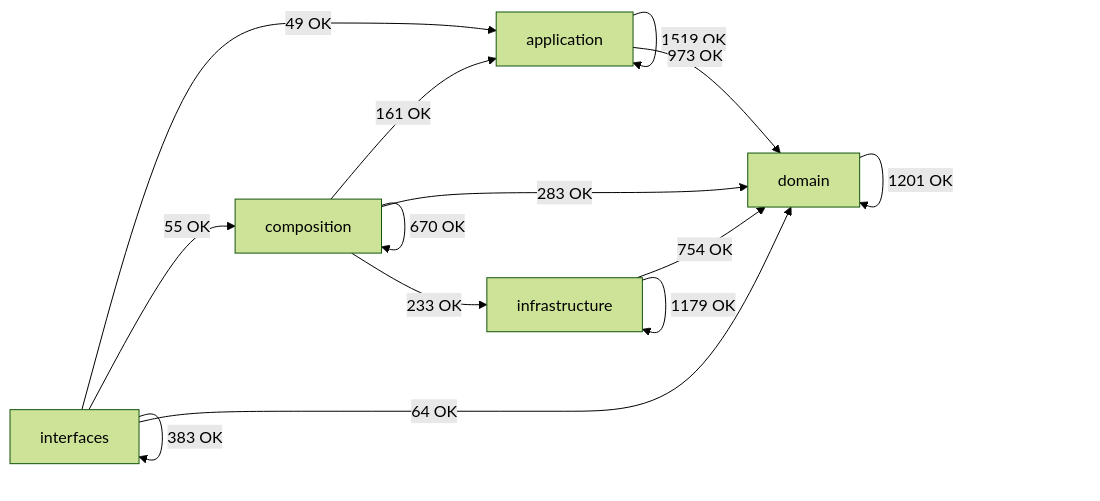
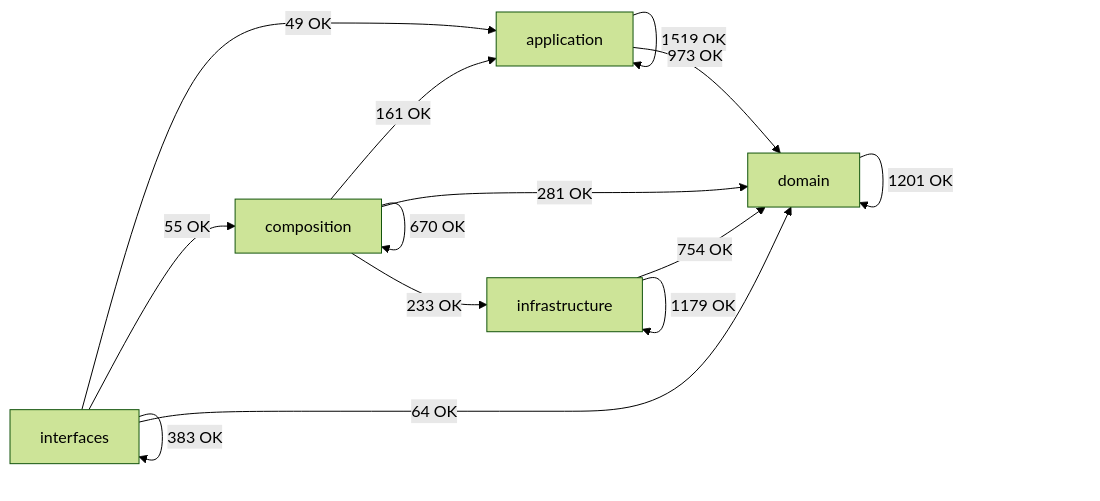
One commit to SatoryKono/BioactivityDataAcquisition changed the diagram in docs/02-architecture/generated/module-dependency-map.md. Above: the diagram before and after it, drawn with Mermaid (forest theme). The commit also changed other lines of this file and 1 other file, not shown here.

Commit message:
chore(architecture): refresh module-dependency-map after source drift

````diff
--- a/docs/02-architecture/generated/module-dependency-map.md
+++ b/docs/02-architecture/generated/module-dependency-map.md
@@ -17,21 +17,21 @@
 ```mermaid
 flowchart LR
     domain[domain]
     application[application]
     infrastructure[infrastructure]
     composition[composition]
     interfaces[interfaces]
     application -->|1519 OK| application
     application -->|973 OK| domain
     composition -->|161 OK| application
     composition -->|670 OK| composition
-    composition -->|283 OK| domain
+    composition -->|281 OK| domain
     composition -->|233 OK| infrastructure
     domain -->|1201 OK| domain
     infrastructure -->|754 OK| domain
     infrastructure -->|1179 OK| infrastructure
     interfaces -->|49 OK| application
     interfaces -->|55 OK| composition
     interfaces -->|64 OK| domain
     interfaces -->|383 OK| interfaces
 ```
````
